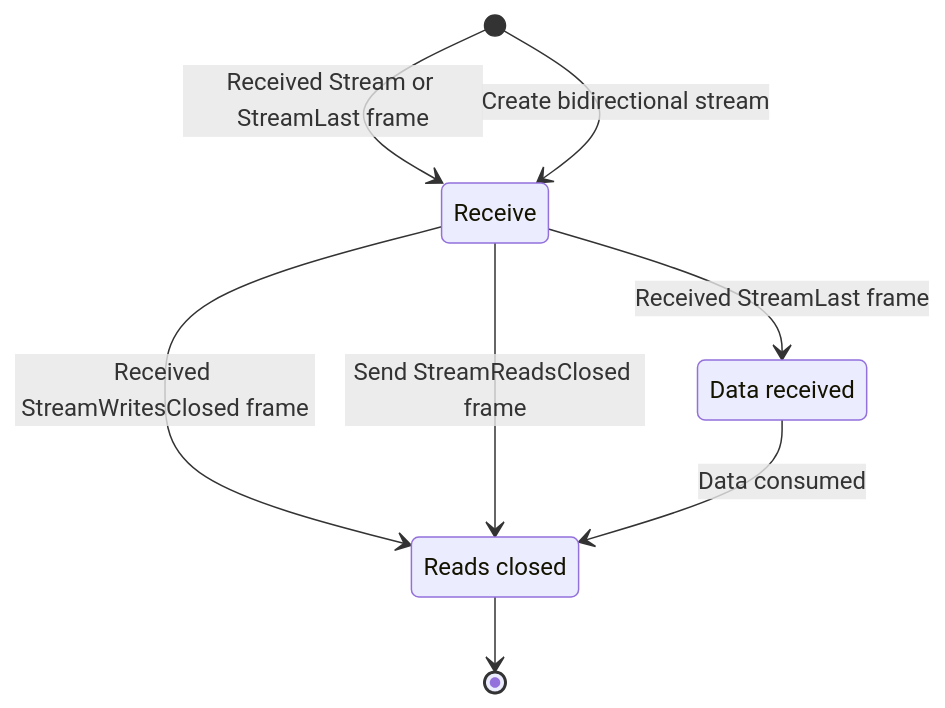
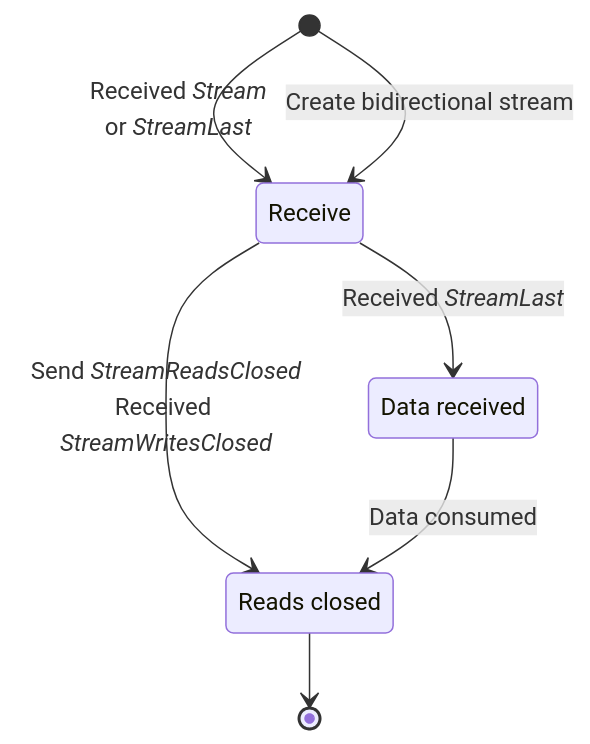
Before and after one commit to icerpc/icerpc-docs: the second of 2 diagrams in pages/icerpc-core/slic-protocol/streams.md, drawn with Mermaid. The commit also changed other lines of this file and 2 other files, not shown here.

Commit message:
Review fixes

````diff
--- a/pages/icerpc-core/slic-protocol/streams.md
+++ b/pages/icerpc-core/slic-protocol/streams.md
@@ -91,12 +90,11 @@
 ```mermaid
 stateDiagram
     ReadsClosed : Reads closed
     DataReceived: Data received
-    [*] --> Receive: Received Stream or StreamLast frame
+    [*] --> Receive: <center>Received <i>Stream</i><br />or <i>StreamLast</i></center>
     [*] --> Receive: Create bidirectional stream
-    Receive --> ReadsClosed: Received StreamWritesClosed frame
-    Receive --> ReadsClosed: Send StreamReadsClosed frame
-    Receive --> DataReceived: Received StreamLast frame
+    Receive --> ReadsClosed: <center>Send <i>StreamReadsClosed</i><br />Received <i>StreamWritesClosed</i></center>
+    Receive --> DataReceived: Received <i>StreamLast</i>
     DataReceived --> ReadsClosed: Data consumed
     ReadsClosed --> [*]
 ```
````
